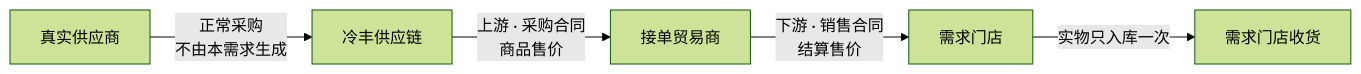
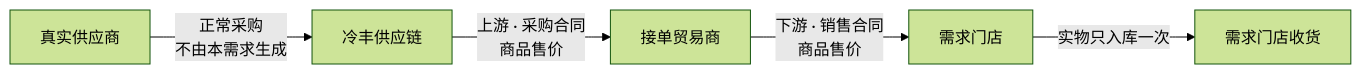
Before and after one commit to 342-droid/LFerp: the first of 4 diagrams in RBT/docs/需求复核后单据方案.md, drawn with Mermaid (forest theme). The commit also changed other lines of this file and 10 other files, not shown here.

````diff
--- a/RBT/docs/需求复核后单据方案.md
+++ b/RBT/docs/需求复核后单据方案.md
@@ -18,7 +18,7 @@
 ```mermaid
 flowchart LR
   A[真实供应商] -->|正常采购<br/>不由本需求生成| B[冷丰供应链]
   B -->|上游 · 采购合同<br/>商品售价| C[接单贸易商]
-  C -->|下游 · 销售合同<br/>结算售价| D[需求门店]
+  C -->|下游 · 销售合同<br/>商品售价| D[需求门店]
   D -->|实物只入库一次| E[需求门店收货]
 ```
````
